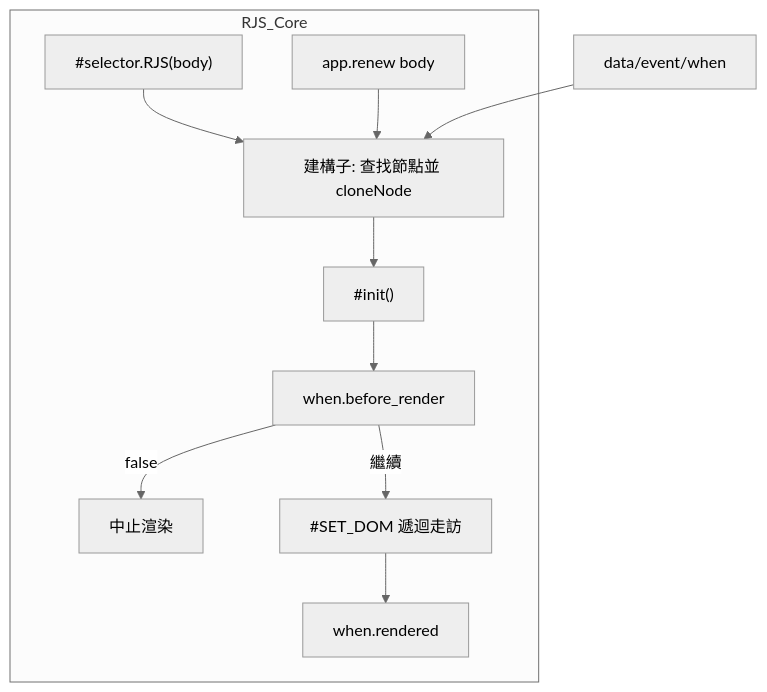
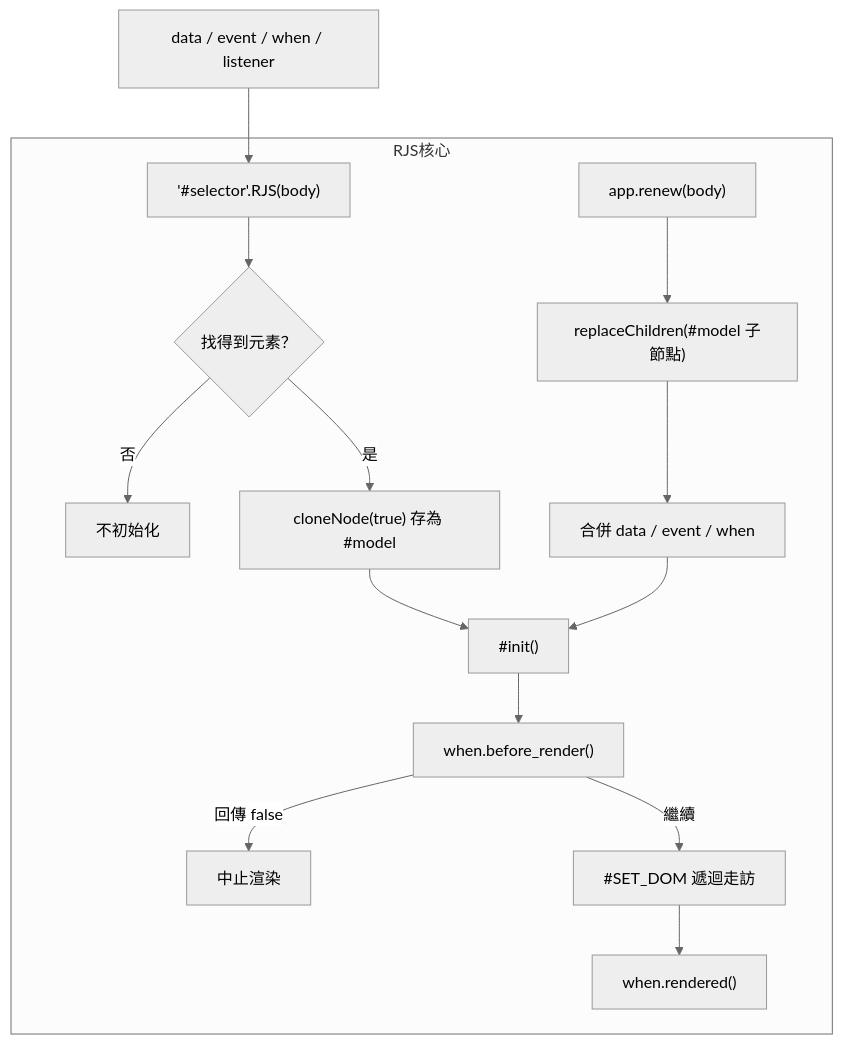
The third of 7 diagrams in doc/architecture.zh.md (pardnio/RenderJS), drawn with Mermaid (neutral theme) before and after one commit. The commit also changed other lines of this file and 8 other files, not shown here.

````diff
--- a/doc/architecture.zh.md
+++ b/doc/architecture.zh.md
@@ -22,13 +40,17 @@
 ```mermaid
 graph TB
-    subgraph RJS_Core
-        Entry["#selector.RJS(body)"] --> Ctor[建構子: 查找節點並 cloneNode]
-        Ctor --> Init["#init()"]
-        Init --> Before[when.before_render]
-        Before -->|false| Cancel[中止渲染]
+    subgraph RJS核心
+        Entry["'#selector'.RJS(body)"] --> Find{找得到元素？}
+        Find -->|否| Stop[不初始化]
+        Find -->|是| Clone["cloneNode(true) 存為 #model"]
+        Clone --> Init["#init()"]
+        Init --> Before["when.before_render()"]
+        Before -->|回傳 false| Cancel[中止渲染]
         Before -->|繼續| SetDOM["#SET_DOM 遞迴走訪"]
-        SetDOM --> After[when.rendered]
-        Renew[app.renew body] --> Ctor
+        SetDOM --> After["when.rendered()"]
+        Renew["app.renew(body)"] --> Restore["replaceChildren(#model 子節點)"]
+        Restore --> Merge[合併 data / event / when]
+        Merge --> Init
     end
-    Model[data/event/when] --> Ctor
+    Body[data / event / when / listener] --> Entry
 ```
````
